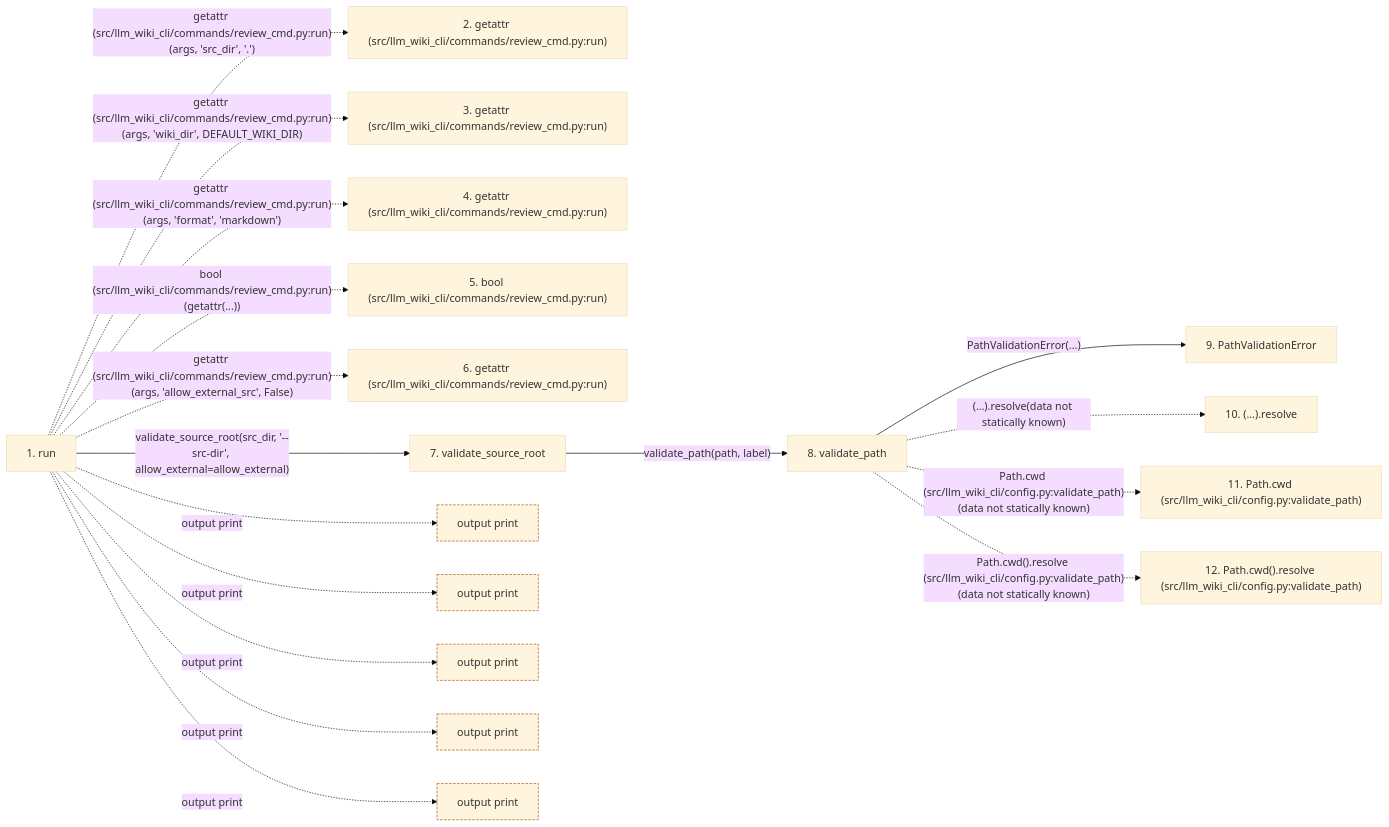
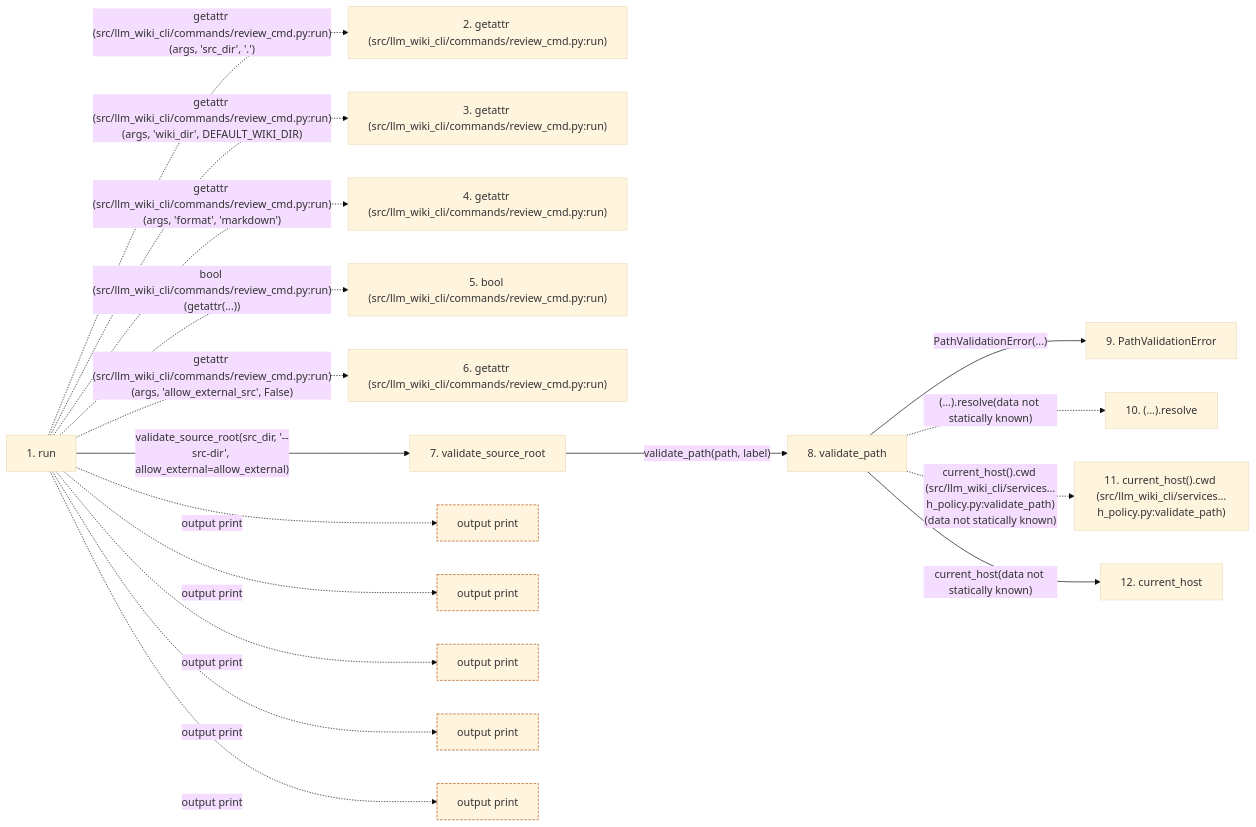
One commit to Denissvgn/python-wiki-llm changed the second of 2 diagrams in docs/llm_wiki/flows/cli-review.md. Above: the diagram before and after it, drawn with Mermaid (base theme). The commit also changed other lines of this file and 1555 other files, not shown here.

````diff
--- a/docs/llm_wiki/flows/cli-review.md
+++ b/docs/llm_wiki/flows/cli-review.md
@@ -172,46 +176,47 @@
 ```mermaid
 flowchart LR
     s1["1. run"]
     s2["2. getattr (src/llm_wiki_cli/commands/review_cmd.py:run)"]
     s3["3. getattr (src/llm_wiki_cli/commands/review_cmd.py:run)"]
     s4["4. getattr (src/llm_wiki_cli/commands/review_cmd.py:run)"]
     s5["5. bool (src/llm_wiki_cli/commands/review_cmd.py:run)"]
     s6["6. getattr (src/llm_wiki_cli/commands/review_cmd.py:run)"]
     s7["7. validate_source_root"]
     s8["8. validate_path"]
     s9["9. PathValidationError"]
     s10["10. (…).resolve"]
-    s11["11. Path.cwd (src/llm_wiki_cli/config.py:validate_path)"]
-    s12["12. Path.cwd().resolve (src/llm_wiki_cli/config.py:validate_path)"]
+    s11["11. current_host().cwd (src/llm_wiki_cli/services…h_policy.py:validate_path)"]
+    s12["12. current_host"]
     s1 -. "getattr (src/llm_wiki_cli/commands/review_cmd.py:run)(args, 'src_dir', '.')" .-> s2
     s1 -. "getattr (src/llm_wiki_cli/commands/review_cmd.py:run)(args, 'wiki_dir', DEFAULT_WIKI_DIR)" .-> s3
     s1 -. "getattr (src/llm_wiki_cli/commands/review_cmd.py:run)(args, 'format', 'markdown')" .-> s4
     s1 -. "bool (src/llm_wiki_cli/commands/review_cmd.py:run)(getattr(...))" .-> s5
     s1 -. "getattr (src/llm_wiki_cli/commands/review_cmd.py:run)(args, 'allow_external_src', False)" .-> s6
     s1 -->|"validate_source_root(src_dir, '--src-dir', allow_external=allow_external)"| s7
     s7 -->|"validate_path(path, label)"| s8
     s8 -->|"PathValidationError(...)"| s9
     s8 -. "(…).resolve(data not statically known)" .-> s10
-    s8 -. "Path.cwd (src/llm_wiki_cli/config.py:validate_path)(data not statically known)" .-> s11
-    s8 -. "Path.cwd().resolve (src/llm_wiki_cli/config.py:validate_path)(data not statically known)" .-> s12
+    s8 -. "current_host().cwd (src/llm_wiki_cli/services…h_policy.py:validate_path)(data not statically known)" .-> s11
+    s8 -->|"current_host(data not statically known)"| s12
     b0["output print"]
     s1 -. "output print" .-> b0
     b1["output print"]
     s1 -. "output print" .-> b1
     b2["output print"]
     s1 -. "output print" .-> b2
     b3["output print"]
     s1 -. "output print" .-> b3
     b4["output print"]
     s1 -. "output print" .-> b4
     click s1 "../modules/review_cmd.md"
-    click s7 "../modules/config.md"
-    click s8 "../modules/config.md"
-    click s9 "../modules/config.md"
+    click s7 "../modules/path_policy.md"
+    click s8 "../modules/path_policy.md"
+    click s9 "../modules/path_policy.md"
+    click s12 "../modules/host.md"
     classDef boundary stroke:#b45309,stroke-dasharray: 4 2
     class b0 boundary
     class b1 boundary
     class b2 boundary
     class b3 boundary
     class b4 boundary
 ```
````
